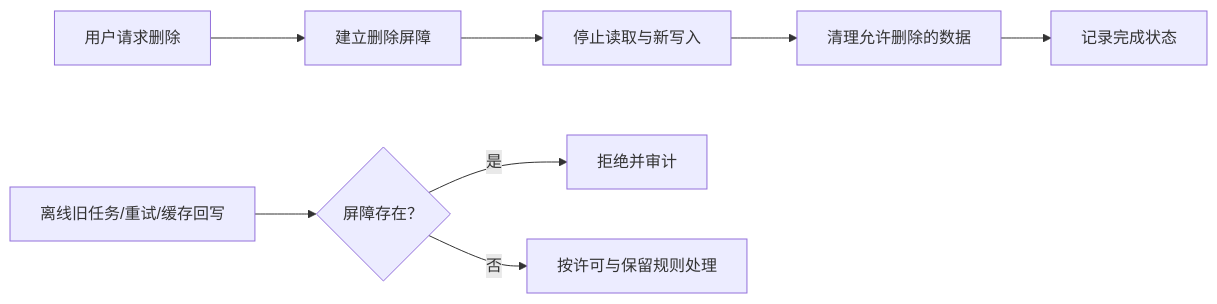
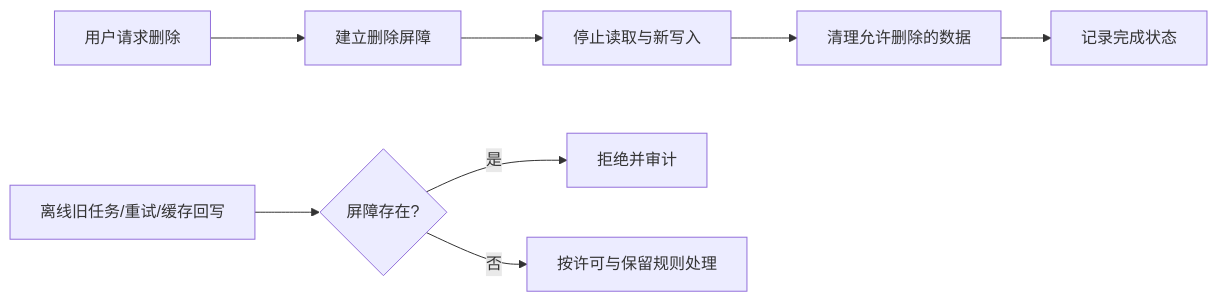
One commit to weiz98417-crypto/qiuqiu changed the ninth of 16 diagrams in docs/球球全套资料/4.产品设计/44-关键技术POC与方案选型.md. Above: the diagram before and after it, drawn with Mermaid. The commit also changed other lines of this file and 49 other files, not shown here.

````diff
--- a/docs/球球全套资料/4.产品设计/44-关键技术POC与方案选型.md
+++ b/docs/球球全套资料/4.产品设计/44-关键技术POC与方案选型.md
@@ -140,10 +141,10 @@
 ```mermaid
 flowchart LR
     A[用户请求删除] --> B[建立删除屏障]
     B --> C[停止读取与新写入]
     C --> D[清理允许删除的数据]
     D --> E[记录完成状态]
-    F[离线旧任务/重试/缓存回写] --> G{屏障存在？}
+    F[离线旧任务/重试/缓存回写] --> G{屏障存在?}
     G -->|是| H[拒绝并审计]
     G -->|否| I[按许可与保留规则处理]
 ```
````
